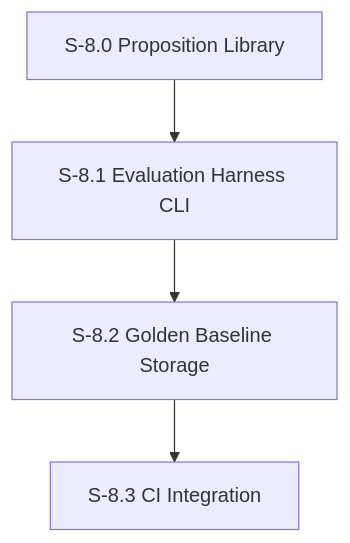
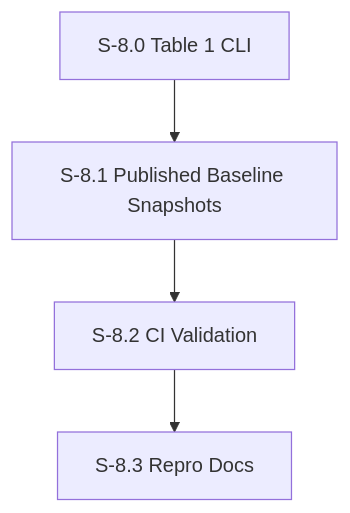
The diagram in spec/plan/milestone-8-evaluation-harness.md (pedropaulovc/the-office), drawn with Mermaid before and after one commit. The commit also changed other lines of this file and 6 other files, not shown here.

First line of the commit message:
Add TinyTroupe Table 1 baseline and runner

````diff
--- a/spec/plan/milestone-8-evaluation-harness.md
+++ b/spec/plan/milestone-8-evaluation-harness.md
@@ -7,6 +7,6 @@
 ```mermaid
 graph TD
-    S80[S-8.0 Proposition Library] --> S81[S-8.1 Evaluation Harness CLI]
-    S81 --> S82[S-8.2 Golden Baseline Storage]
-    S82 --> S83[S-8.3 CI Integration]
+    S80[S-8.0 Table 1 CLI] --> S81[S-8.1 Published Baseline Snapshots]
+    S81 --> S82[S-8.2 CI Validation]
+    S82 --> S83[S-8.3 Repro Docs]
 ```
````
